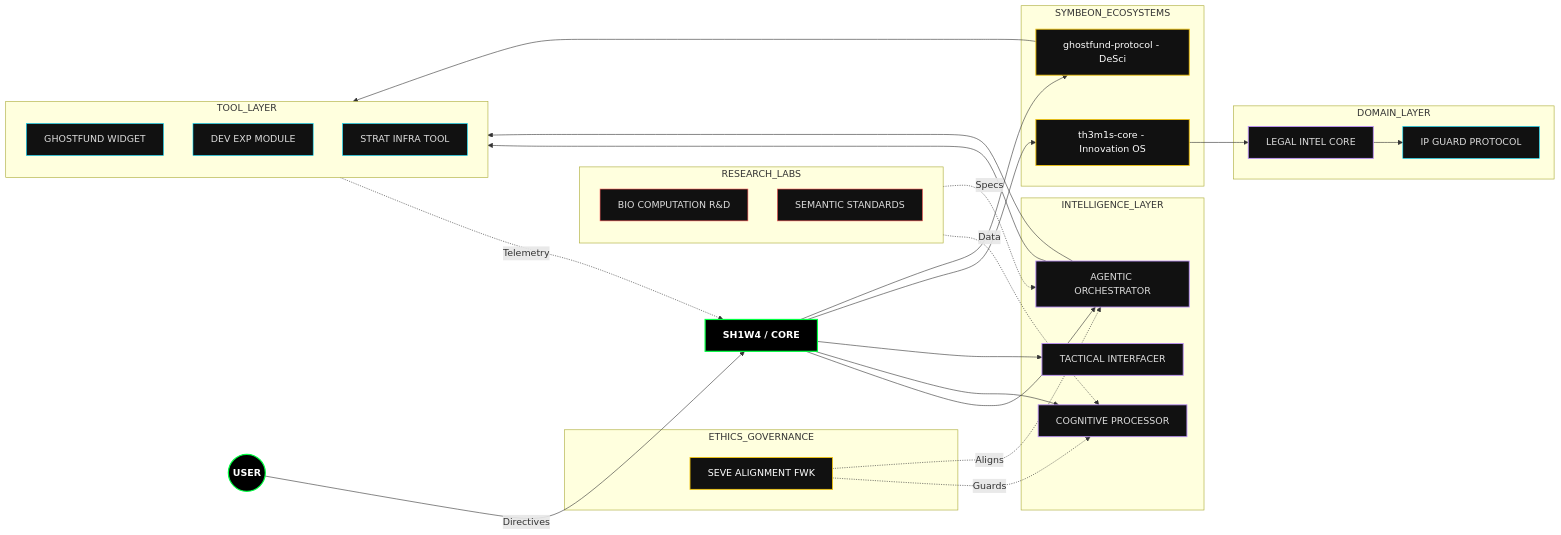
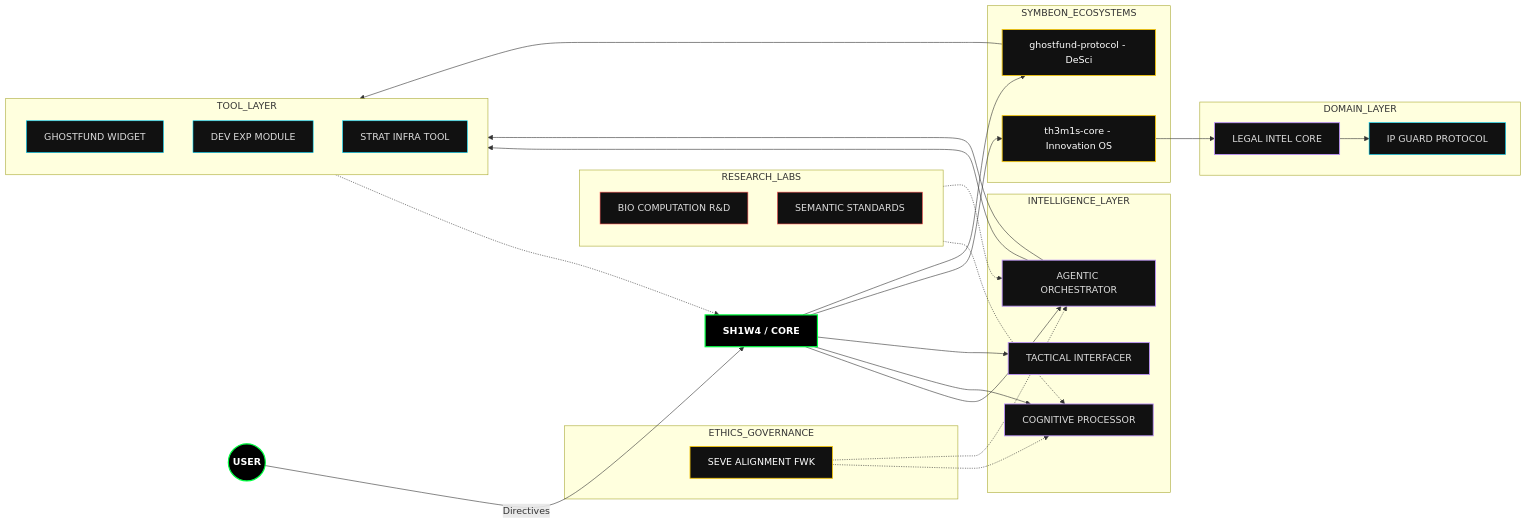
One commit to SH1W4/sh1w4 changed the first of 3 diagrams in README.md. Above: the diagram before and after it, drawn with Mermaid.

Commit message:
fix: refactor mermaid to flowchart for better rendering

````diff
--- a/README.md
+++ b/README.md
@@ -91,72 +91,72 @@
 ```mermaid
-%% Cache-Bust: 2026-01-06T23:49:20.744785
-graph LR
-    %% Themes & Styles (Pure Cyberpunk Architecture)
+flowchart LR
+    %% Themes & Styles
     classDef core fill:#000,stroke:#00ff41,stroke-width:2px,color:#fff,font-weight:bold;
     classDef agent fill:#111,stroke:#bd93f9,stroke-width:1.5px,color:#ddd;
     classDef tool fill:#111,stroke:#00d9ff,stroke-width:1px,color:#ddd;
     classDef ethics fill:#111,stroke:#f1c40f,stroke-width:1.5px,color:#fff;
     classDef research fill:#111,stroke:#ff5555,stroke-width:1px,color:#ddd;
-    classDef restricted fill:#0d1117,stroke:#333,color:#666,stroke-dasharray: 5 5;
 
-    User((USER)):::core -->|Directives| Core[SH1W4 / CORE]:::core
+    %% Nodes
+    User((USER)):::core
+    Core[SH1W4 / CORE]:::core
     
     subgraph ETHICS_GOVERNANCE
         SEVE["SEVE ALIGNMENT FWK"]:::ethics
     end
     
     subgraph RESEARCH_LABS
         direction TB
         BIO["BIO COMPUTATION R&D"]:::research
         PROTO["SEMANTIC STANDARDS"]:::research
     end
     
     subgraph INTELLIGENCE_LAYER
         VIREON["AGENTIC ORCHESTRATOR"]:::agent
         TRINITY["COGNITIVE PROCESSOR"]:::agent
         AIDEN["TACTICAL INTERFACER"]:::agent
     end
 
     subgraph SYMBEON_ECOSYSTEMS
         T_CORE["th3m1s-core - Innovation OS"]:::ethics
         G_FUND["ghostfund-protocol - DeSci"]:::ethics
     end
 
     subgraph DOMAIN_LAYER
         LEGAL["LEGAL INTEL CORE"]:::agent
         SHIELD["IP GUARD PROTOCOL"]:::tool
     end
 
     subgraph TOOL_LAYER
         direction TB
         GF_WIDGET["GHOSTFUND WIDGET"]:::tool
         DX_KIT["DEV EXP MODULE"]:::tool
         ARKITECH["STRAT INFRA TOOL"]:::tool
     end
 
     %% Connections
+    User -->|Directives| Core
     Core --> VIREON
     Core --> TRINITY
     Core --> AIDEN
     Core --> T_CORE
     Core --> G_FUND
 
     T_CORE --> LEGAL
     LEGAL --> SHIELD
     
     G_FUND --> GF_WIDGET
     VIREON --> DX_KIT
     VIREON --> ARKITECH
 
     %% Strategic Relationship Links
-    SEVE -.->|Guards| TRINITY
-    SEVE -.->|Aligns| VIREON
-    BIO -.->|Data| TRINITY
-    PROTO -.->|Specs| VIREON
-    DX_KIT -.->|Telemetry| Core
+    SEVE -.-> TRINITY
+    SEVE -.-> VIREON
+    BIO -.-> TRINITY
+    PROTO -.-> VIREON
+    DX_KIT -.-> Core
     
-    %% Implicit Vertical Order
+    %% Order
     User ~~~ SEVE
     User ~~~ BIO
-
 ```
````
